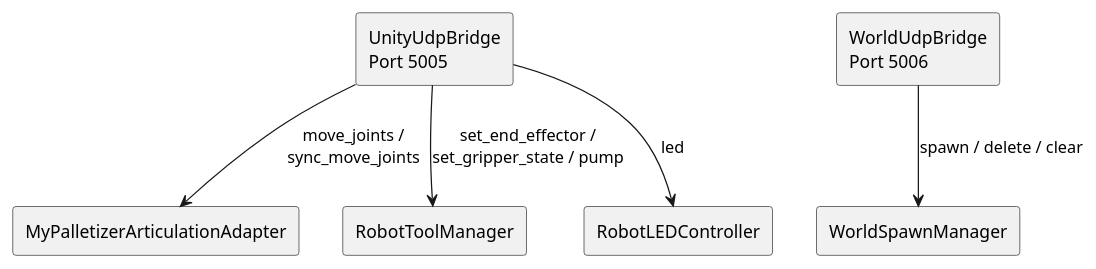
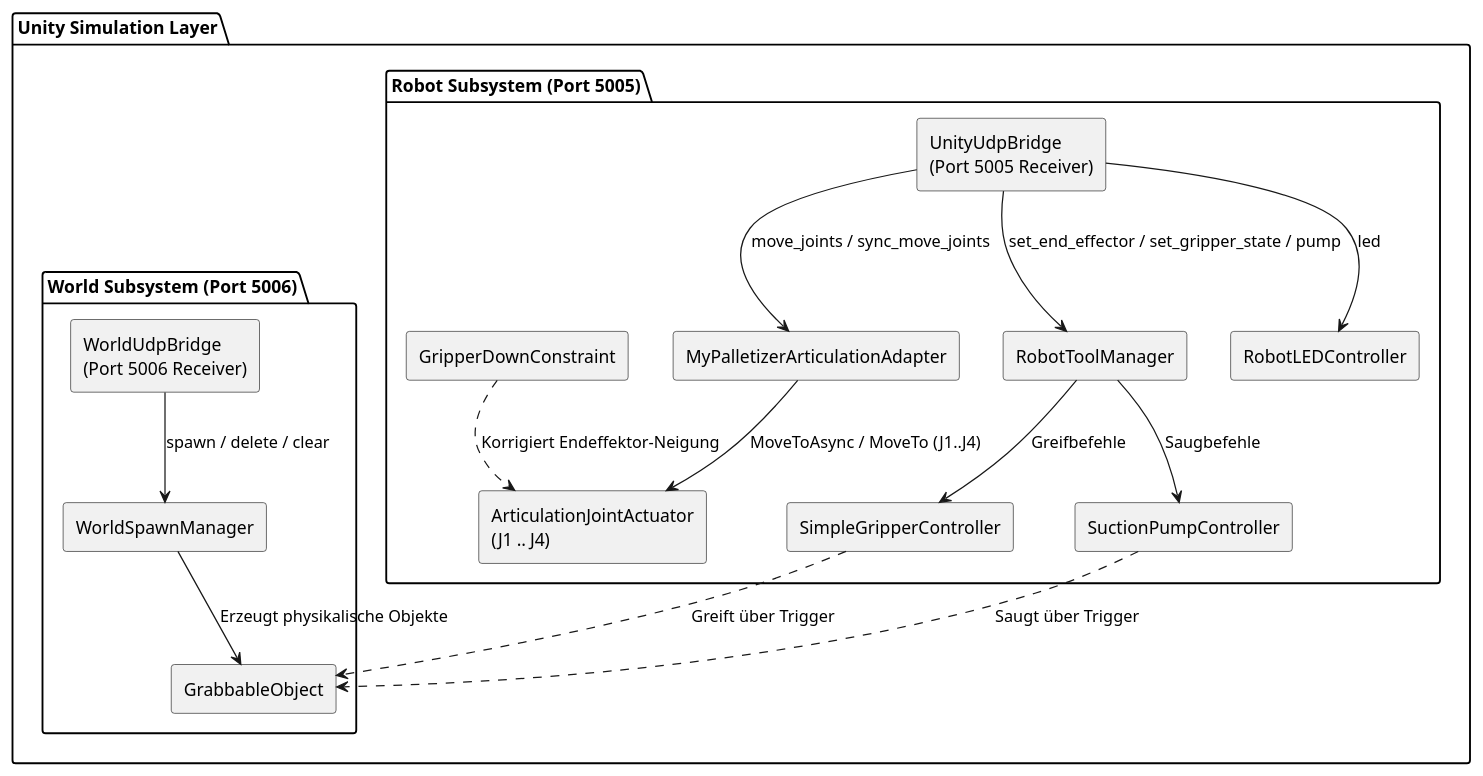
One commit to Stonehouse1703/DigitalTwin-for-MyPalletizer-260-M5-UnityVersion changed the third of 6 diagrams in docs/asciidoc/chapters/05_building_block_view.adoc. Above: the diagram before and after it, drawn with PlantUML. The commit also changed other lines of this file and 12 other files, not shown here.

```diff
--- a/docs/asciidoc/chapters/05_building_block_view.adoc
+++ b/docs/asciidoc/chapters/05_building_block_view.adoc
@@ -189,21 +135,41 @@
 [plantuml, target="diagram-unity-l2", format="png"]
 ----
 @startuml
 skinparam componentStyle rectangle
 
-component "UnityUdpBridge\nPort 5005" as UUB
-component "MyPalletizerArticulationAdapter" as Adapter
-component "RobotToolManager" as ToolManager
-component "RobotLEDController" as LED
+package "Unity Simulation Layer" {
+    package "Robot Subsystem (Port 5005)" {
+        component "UnityUdpBridge\n(Port 5005 Receiver)" as UUB
+        component "MyPalletizerArticulationAdapter" as Adapter
+        component "ArticulationJointActuator\n(J1 .. J4)" as Actuators
+        component "RobotToolManager" as ToolManager
+        component "SimpleGripperController" as Gripper
+        component "SuctionPumpController" as Pump
+        component "RobotLEDController" as LED
+        component "GripperDownConstraint" as DownConstraint
+    }
 
-component "WorldUdpBridge\nPort 5006" as WUB
-component "WorldSpawnManager" as WSM
+    package "World Subsystem (Port 5006)" {
+        component "WorldUdpBridge\n(Port 5006 Receiver)" as WUB
+        component "WorldSpawnManager" as WSM
+        component "GrabbableObject" as GO
+    }
+}
 
-UUB --> Adapter : move_joints /\nsync_move_joints
-UUB --> ToolManager : set_end_effector /\nset_gripper_state / pump
+UUB --> Adapter : move_joints / sync_move_joints
+UUB --> ToolManager : set_end_effector / set_gripper_state / pump
 UUB --> LED : led
 
+Adapter --> Actuators : MoveToAsync / MoveTo (J1..J4)
+DownConstraint ..> Actuators : Korrigiert Endeffektor-Neigung
+
+ToolManager --> Gripper : Greifbefehle
+ToolManager --> Pump : Saugbefehle
+
 WUB --> WSM : spawn / delete / clear
+WSM --> GO : Erzeugt physikalische Objekte
+Gripper ..> GO : Greift über Trigger
+Pump ..> GO : Saugt über Trigger
 
 @enduml
 ----
```
